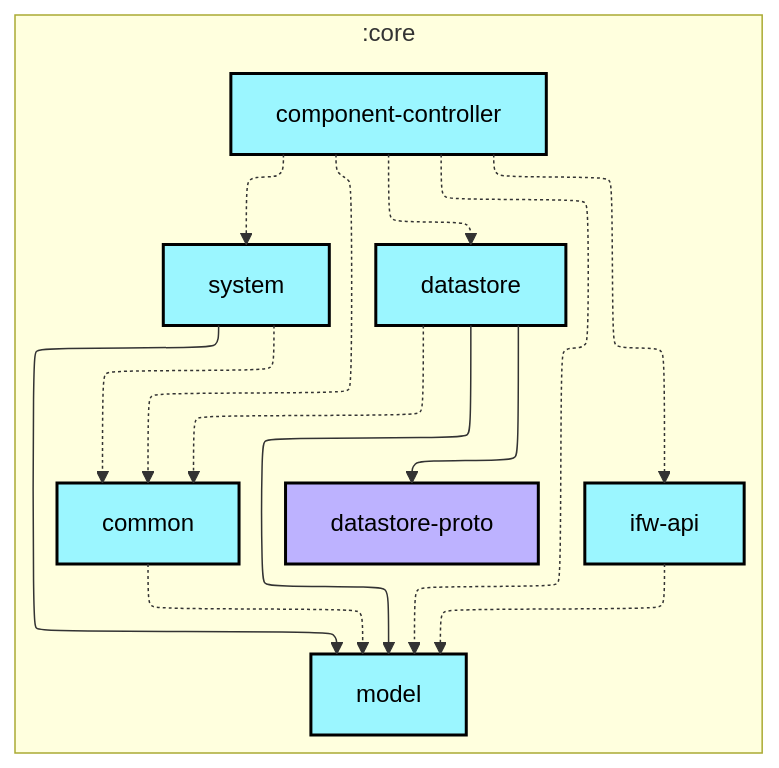
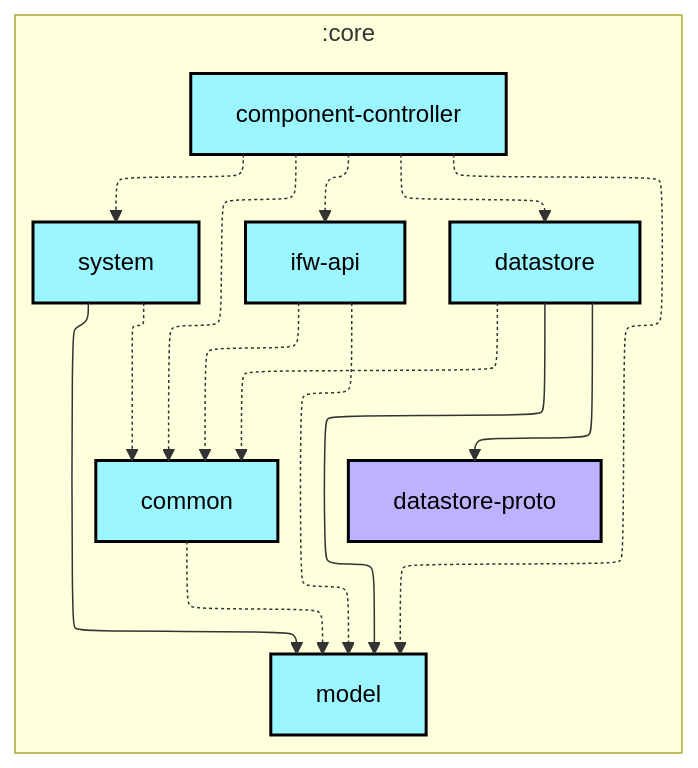
Before and after one commit to lihenggui/blocker: the first of 2 diagrams in core/component-controller/README.md, drawn with Mermaid. The commit also changed 29 other files, not shown here.

Commit message:
🤖 Updates graphs

````diff
--- a/core/component-controller/README.md
+++ b/core/component-controller/README.md
@@ -6,39 +6,40 @@
 ```mermaid
 ---
 config:
   layout: elk
   elk:
     nodePlacementStrategy: SIMPLE
 ---
 graph TB
   subgraph :core
     direction TB
     :core:common[common]:::android-library
     :core:component-controller[component-controller]:::android-library
     :core:datastore[datastore]:::android-library
     :core:datastore-proto[datastore-proto]:::jvm-library
     :core:ifw-api[ifw-api]:::android-library
     :core:model[model]:::android-library
     :core:system[system]:::android-library
   end
 
   :core:common -.-> :core:model
   :core:component-controller -.-> :core:common
   :core:component-controller -.-> :core:datastore
   :core:component-controller -.-> :core:ifw-api
   :core:component-controller -.-> :core:model
   :core:component-controller -.-> :core:system
   :core:datastore -.-> :core:common
   :core:datastore --> :core:datastore-proto
   :core:datastore --> :core:model
+  :core:ifw-api -.-> :core:common
   :core:ifw-api -.-> :core:model
   :core:system -.-> :core:common
   :core:system --> :core:model
 
 classDef android-application fill:#CAFFBF,stroke:#000,stroke-width:2px,color:#000;
 classDef android-feature fill:#FFD6A5,stroke:#000,stroke-width:2px,color:#000;
 classDef android-library fill:#9BF6FF,stroke:#000,stroke-width:2px,color:#000;
 classDef android-test fill:#A0C4FF,stroke:#000,stroke-width:2px,color:#000;
 classDef jvm-library fill:#BDB2FF,stroke:#000,stroke-width:2px,color:#000;
 classDef unknown fill:#FFADAD,stroke:#000,stroke-width:2px,color:#000;
 ```
````
